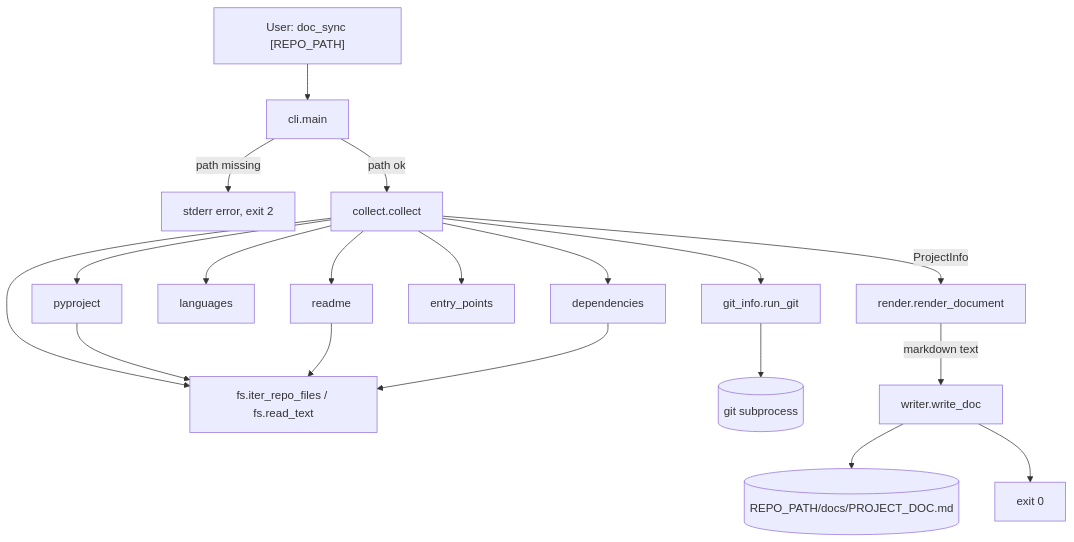
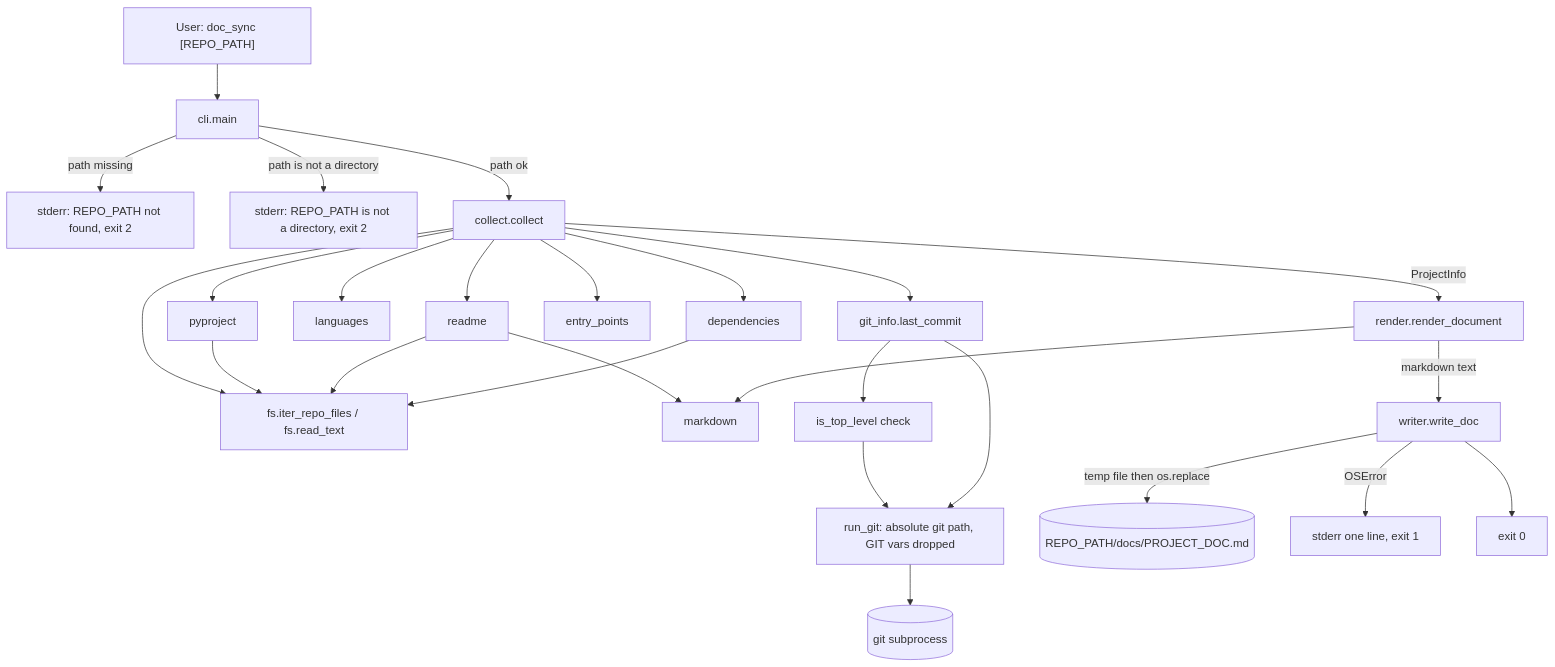
Before and after one commit to abhi7990484365/doc-sync-claude: the diagram in docs/architecture.md, drawn with Mermaid. The commit also changed other lines of this file and 1 other file, not shown here.

Commit message:
docs: revise architecture after design review

````diff
--- a/docs/architecture.md
+++ b/docs/architecture.md
@@ -46,21 +71,28 @@
 ```mermaid
 flowchart TD
     U["User: doc_sync [REPO_PATH]"] --> CLI["cli.main"]
-    CLI -->|"path missing"| ERR["stderr error, exit 2"]
+    CLI -->|"path missing"| ERR2["stderr: REPO_PATH not found, exit 2"]
+    CLI -->|"path is not a directory"| ERRD["stderr: REPO_PATH is not a directory, exit 2"]
     CLI -->|"path ok"| COL["collect.collect"]
     COL --> FS["fs.iter_repo_files / fs.read_text"]
     COL --> PP["pyproject"]
     COL --> RM["readme"]
     COL --> LG["languages"]
     COL --> DP["dependencies"]
     COL --> EP["entry_points"]
-    COL --> GI["git_info.run_git"]
-    GI --> GIT[("git subprocess")]
+    COL --> GI["git_info.last_commit"]
+    RM --> MD["markdown"]
+    GI --> TL["is_top_level check"]
+    TL --> RG["run_git: absolute git path, GIT vars dropped"]
+    GI --> RG
+    RG --> GIT[("git subprocess")]
     PP --> FS
     RM --> FS
     DP --> FS
     COL -->|"ProjectInfo"| RN["render.render_document"]
+    RN --> MD
     RN -->|"markdown text"| WR["writer.write_doc"]
-    WR --> OUT[("REPO_PATH/docs/PROJECT_DOC.md")]
+    WR -->|"temp file then os.replace"| OUT[("REPO_PATH/docs/PROJECT_DOC.md")]
+    WR -->|"OSError"| ERR1["stderr one line, exit 1"]
     WR --> OK["exit 0"]
 ```
````
